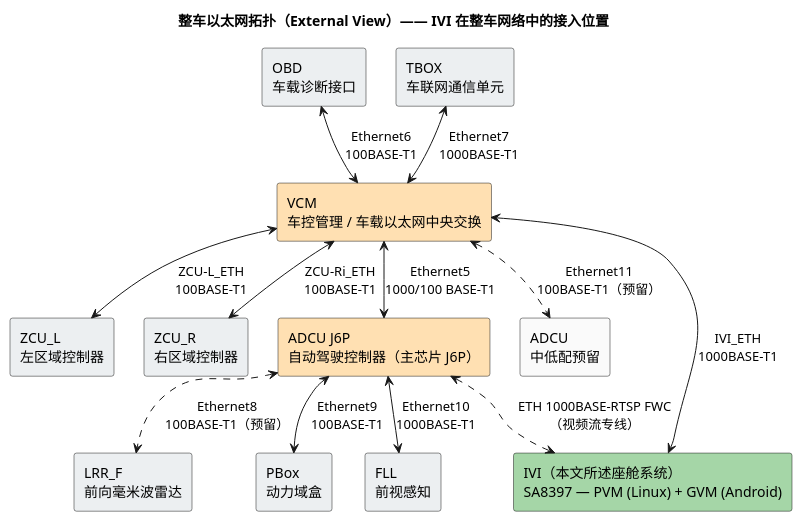
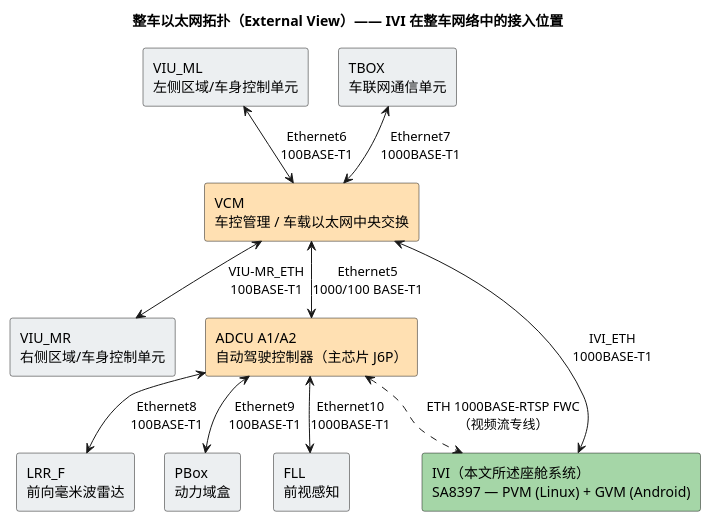
The first of 2 diagrams in work/network_topology.md (Ethen-Cao/ethenslab), drawn with PlantUML before and after one commit. The commit also changed other lines of this file and 2 other files, not shown here.

````diff
--- a/work/network_topology.md
+++ b/work/network_topology.md
@@ -71,41 +71,36 @@
 ```plantuml
 @startuml
 skinparam componentStyle rectangle
 skinparam defaultFontName "sans-serif"
 skinparam shadowing false
 skinparam nodesep 30
 skinparam ranksep 40
 title 整车以太网拓扑（External View）—— IVI 在整车网络中的接入位置
 
-rectangle "OBD\n车载诊断接口" as OBD #ECEFF1
+rectangle "VIU_ML\n左侧区域/车身控制单元" as VIUML #ECEFF1
 rectangle "TBOX\n车联网通信单元" as TBOX #ECEFF1
 
 rectangle "VCM\n车控管理 / 车载以太网中央交换" as VCM #FFE0B2
 
 rectangle "IVI（本文所述座舱系统）\nSA8397 — PVM (Linux) + GVM (Android)" as IVI #A5D6A7
 
-rectangle "ZCU_L\n左区域控制器" as ZCUL #ECEFF1
-rectangle "ZCU_R\n右区域控制器" as ZCUR #ECEFF1
-rectangle "ADCU J6P\n自动驾驶控制器（主芯片 J6P）" as ADCU #FFE0B2
+rectangle "VIU_MR\n右侧区域/车身控制单元" as VIUMR #ECEFF1
+rectangle "ADCU A1/A2\n自动驾驶控制器（主芯片 J6P）" as ADCU #FFE0B2
 
 rectangle "LRR_F\n前向毫米波雷达" as LRR #ECEFF1
 rectangle "PBox\n动力域盒" as PBOX #ECEFF1
 rectangle "FLL\n前视感知" as FLL #ECEFF1
 
-rectangle "ADCU\n中低配预留" as ADCUR #FAFAFA
-
-OBD <--> VCM : Ethernet6\n100BASE-T1
+VIUML <--> VCM : Ethernet6\n100BASE-T1
 TBOX <--> VCM : Ethernet7\n1000BASE-T1
 IVI <--> VCM : IVI_ETH\n1000BASE-T1
-VCM <--> ZCUL : ZCU-L_ETH\n100BASE-T1
-VCM <--> ZCUR : ZCU-Ri_ETH\n100BASE-T1
+VCM <--> VIUMR : VIU-MR_ETH\n100BASE-T1
 VCM <--> ADCU : Ethernet5\n1000/100 BASE-T1
-VCM <..> ADCUR : Ethernet11\n100BASE-T1（预留）
 
-ADCU <..> LRR : Ethernet8\n100BASE-T1（预留）
+ADCU <--> LRR : Ethernet8\n100BASE-T1
 ADCU <--> PBOX : Ethernet9\n100BASE-T1
 ADCU <--> FLL : Ethernet10\n1000BASE-T1
 
 ADCU <..> IVI : ETH 1000BASE-RTSP FWC\n（视频流专线）
 @enduml
 ```
````
